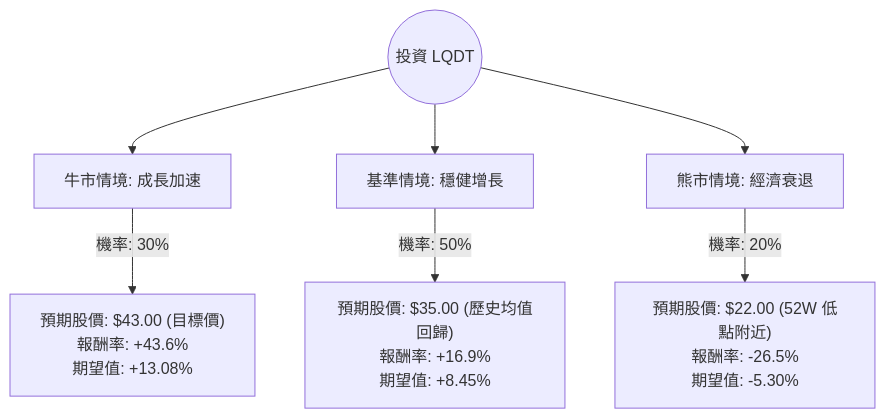
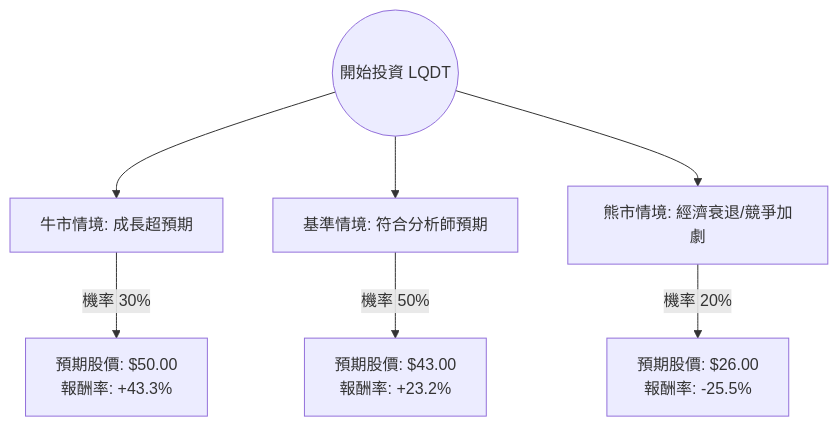
One commit to zmcx16/zmcx16.github.io changed the diagram in plugin-react/ai-analysis/ev-analysis/LQDT.md. Above: the diagram before and after it, drawn with Mermaid. The commit also changed other lines of this file and 75 other files, not shown here.

````diff
--- a/plugin-react/ai-analysis/ev-analysis/LQDT.md
+++ b/plugin-react/ai-analysis/ev-analysis/LQDT.md
@@ -19,10 +19,10 @@
 ```mermaid
 graph TD
-    Start((投資 LQDT)) --> Bull[牛市情境: 成長加速]
-    Start --> Base[基準情境: 穩健增長]
-    Start --> Bear[熊市情境: 經濟衰退]
+    Start((開始投資 LQDT)) --> Bull[牛市情境: 成長超預期]
+    Start --> Base[基準情境: 符合分析師預期]
+    Start --> Bear[熊市情境: 經濟衰退/競爭加劇]
 
-    Bull -- "機率: 30%" --> BullVal["預期股價: $43.00 (目標價)<br/>報酬率: +43.6%<br/>期望值: +13.08%"]
-    Base -- "機率: 50%" --> BaseVal["預期股價: $35.00 (歷史均值回歸)<br/>報酬率: +16.9%<br/>期望值: +8.45%"]
-    Bear -- "機率: 20%" --> BearVal["預期股價: $22.00 (52W 低點附近)<br/>報酬率: -26.5%<br/>期望值: -5.30%"]
+    Bull -- "機率 30%" --> BullVal["預期股價: $50.00 <br> 報酬率: +43.3%"]
+    Base -- "機率 50%" --> BaseVal["預期股價: $43.00 <br> 報酬率: +23.2%"]
+    Bear -- "機率 20%" --> BearVal["預期股價: $26.00 <br> 報酬率: -25.5%"]
 ```
````
